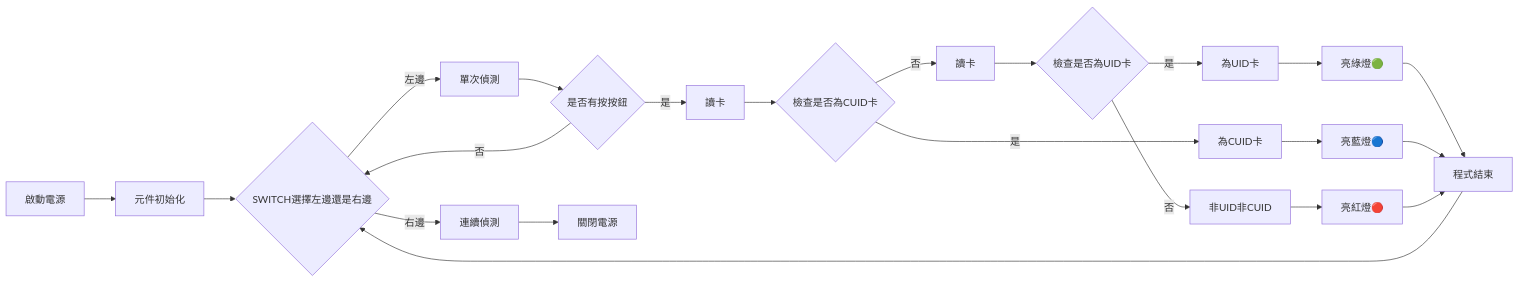
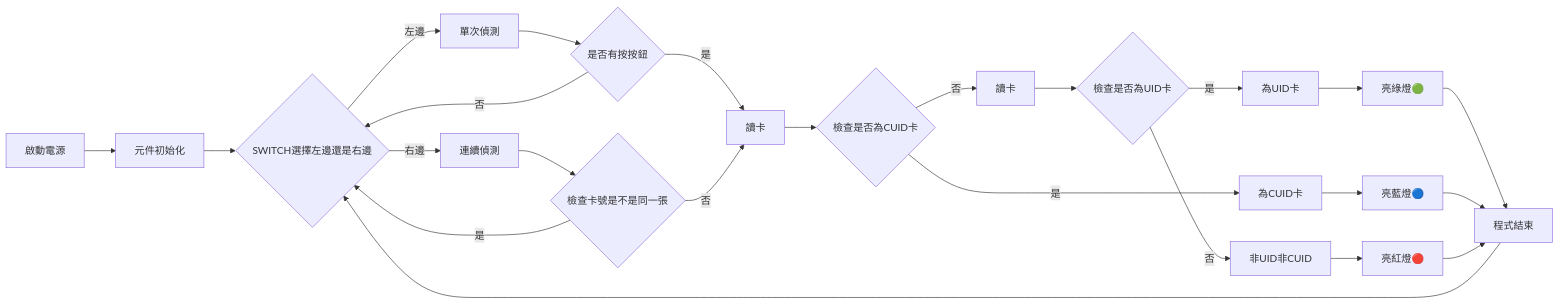
One commit to 0x6r1an0y/CMCD changed the diagram in README.md. Above: the diagram before and after it, drawn with Mermaid.

````diff
--- a/README.md
+++ b/README.md
@@ -22,19 +22,21 @@
 ```mermaid
       graph LR
       start[啟動電源] --> 元件初始化 --> input{SWITCH選擇左邊還是右邊}
       input{SWITCH選擇方向} -- 左邊 --> case_single[單次偵測] --> button{是否有按按鈕}
       button{是否有按按鈕} -- 否 --> input{SWITCH選擇左邊還是右邊}
       button{是否有按按鈕} -- 是 --> read_id[讀卡]
       
       read_id[讀卡] --> check_gen2_card{檢查是否為CUID卡}
       check_gen2_card{檢查是否為CUID卡} -- 否 --> 讀卡 --> check_gen1_card{檢查是否為UID卡}
+      check_gen2_card{檢查是否為CUID卡} -- 是 --> 為CUID卡 --> blue[亮藍燈🔵]
       check_gen1_card{檢查是否為UID卡} -- 否 --> 非UID非CUID --> red[亮紅燈🔴]
-      check_gen2_card{檢查是否為CUID卡} -- 是 --> 為CUID卡 --> blue[亮藍燈🔵]
+      
       check_gen1_card{檢查是否為UID卡} -- 是 --> 為UID卡 --> green[亮綠燈🟢]
       green[亮綠燈🟢] --> code_end[程式結束]
       blue[亮藍燈🔵] --> code_end[程式結束]
       red[亮紅燈🔴] --> code_end[程式結束]
       code_end[程式結束] --> input{SWITCH選擇左邊還是右邊}
-      input{SWITCH選擇左邊還是右邊}-- 右邊 --> case_continue[連續偵測]
-      --> stop[關閉電源]
+      input{SWITCH選擇左邊還是右邊}-- 右邊 --> case_continue[連續偵測] --> check_same_id{檢查卡號是不是同一張}
+      check_same_id{檢查卡號是不是同一張} -- 是 -->  input{SWITCH選擇左邊還是右邊}
+      check_same_id{檢查卡號是不是同一張} -- 否 -->  read_id[讀卡]
 ```
````
